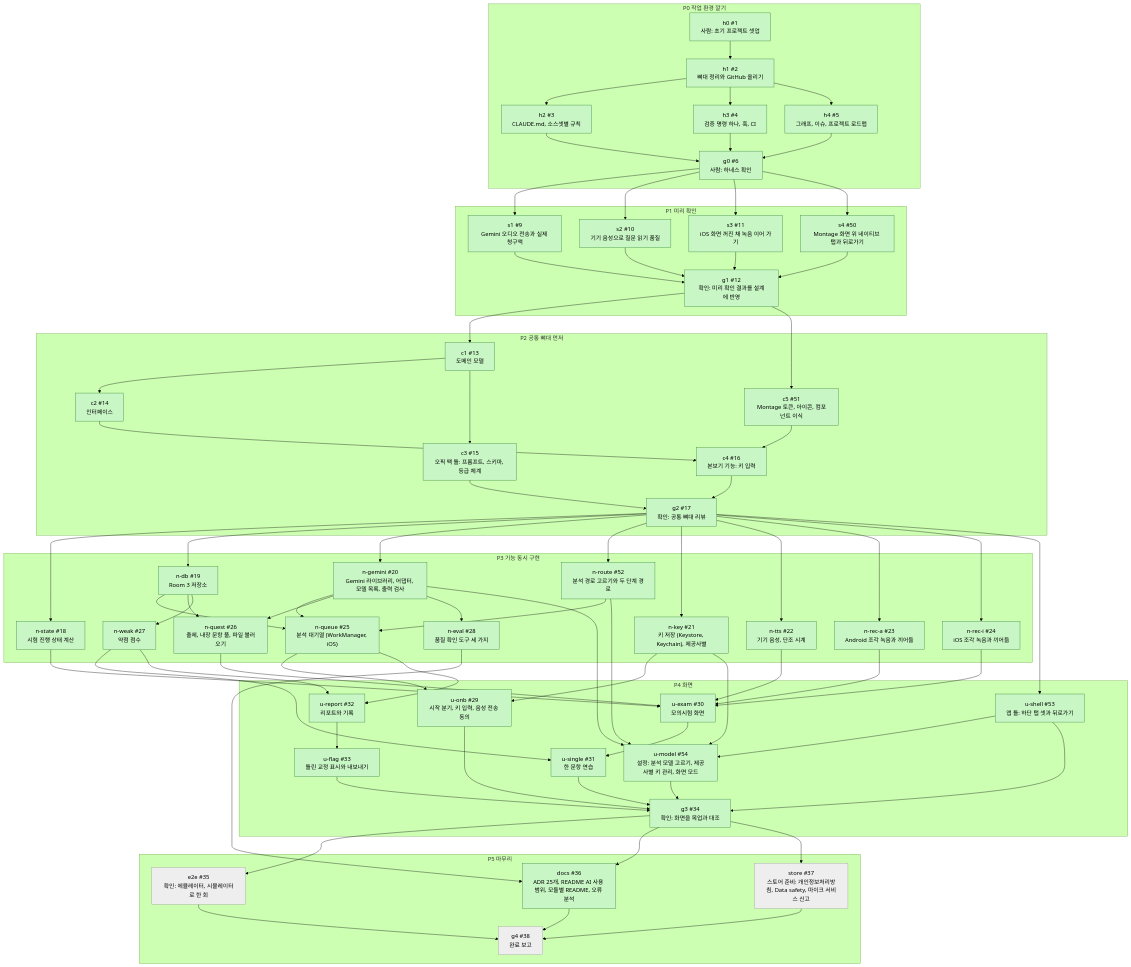
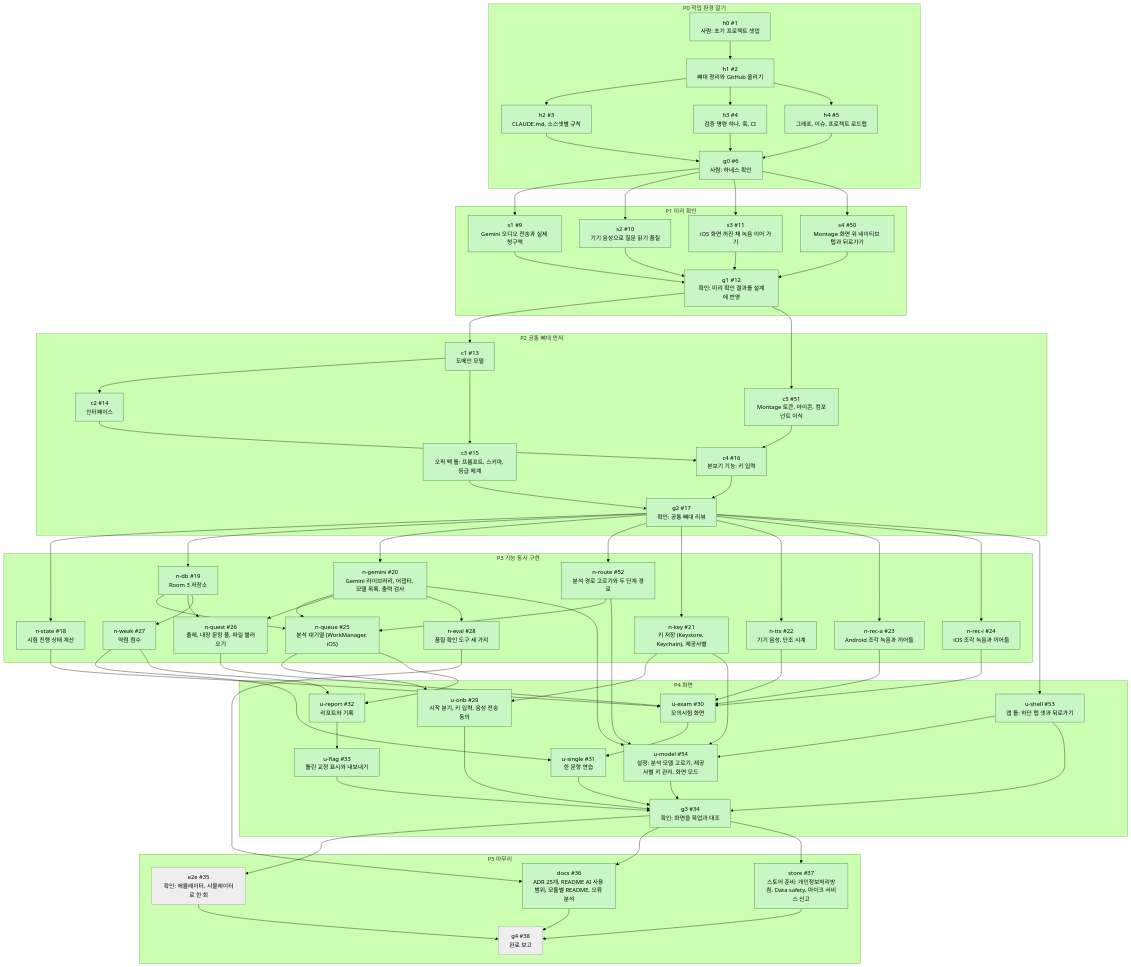
One commit to nosorae/AiOpicSelfStudy changed the first of 2 diagrams in docs/graph/dev-graph.md. Above: the diagram before and after it, drawn with Mermaid (forest theme). The commit also changed other lines of this file and 15 other files, not shown here.

````diff
--- a/docs/graph/dev-graph.md
+++ b/docs/graph/dev-graph.md
@@ -127,9 +127,9 @@
   docs --> g4
   store --> g4
   classDef todo fill:#eeeeee,stroke:#999999,color:#000
-  class e2e,store,g4 todo
+  class e2e,g4 todo
   classDef doing fill:#fff3b0,stroke:#d4a017,color:#000
   classDef done fill:#c8f7c5,stroke:#2e7d32,color:#000
-  class h0,h1,h2,h3,h4,g0,s1,s2,s3,s4,g1,c1,c2,c3,c5,c4,g2,n_state,n_db,n_gemini,n_route,n_key,n_tts,n_rec_a,n_rec_i,n_queue,n_quest,n_weak,n_eval,u_onb,u_shell,u_exam,u_single,u_report,u_flag,u_model,g3,docs done
+  class h0,h1,h2,h3,h4,g0,s1,s2,s3,s4,g1,c1,c2,c3,c5,c4,g2,n_state,n_db,n_gemini,n_route,n_key,n_tts,n_rec_a,n_rec_i,n_queue,n_quest,n_weak,n_eval,u_onb,u_shell,u_exam,u_single,u_report,u_flag,u_model,g3,docs,store done
   classDef blocked fill:#ffcdd2,stroke:#c62828,color:#000
 ```
````
